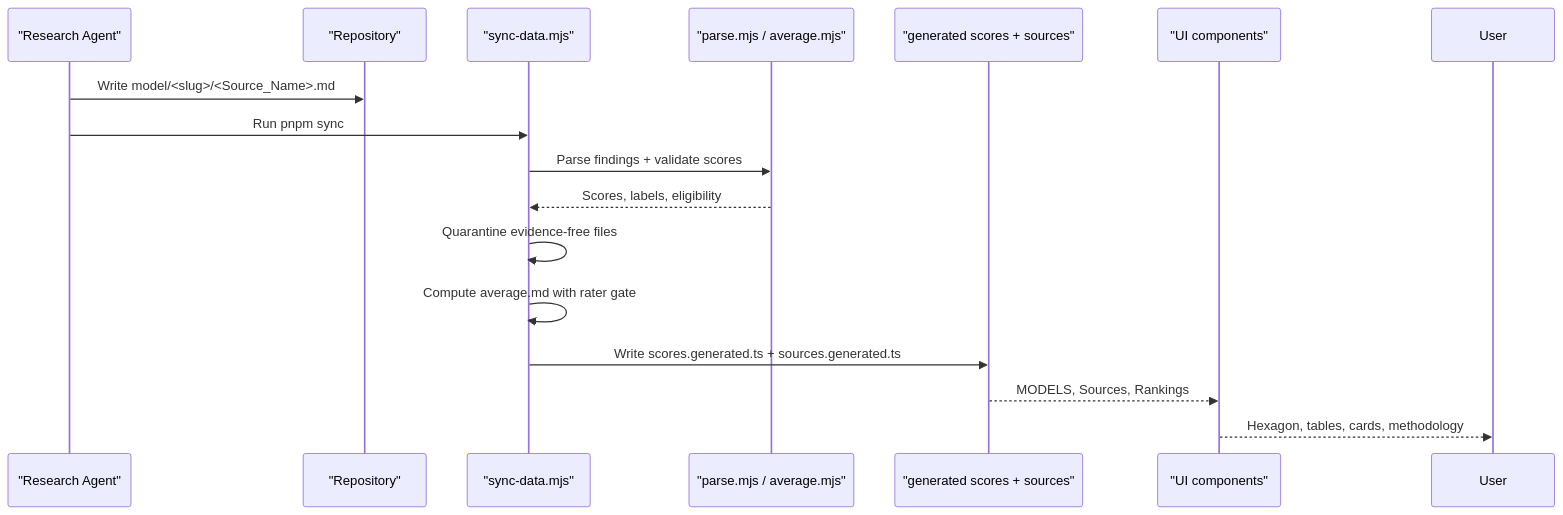
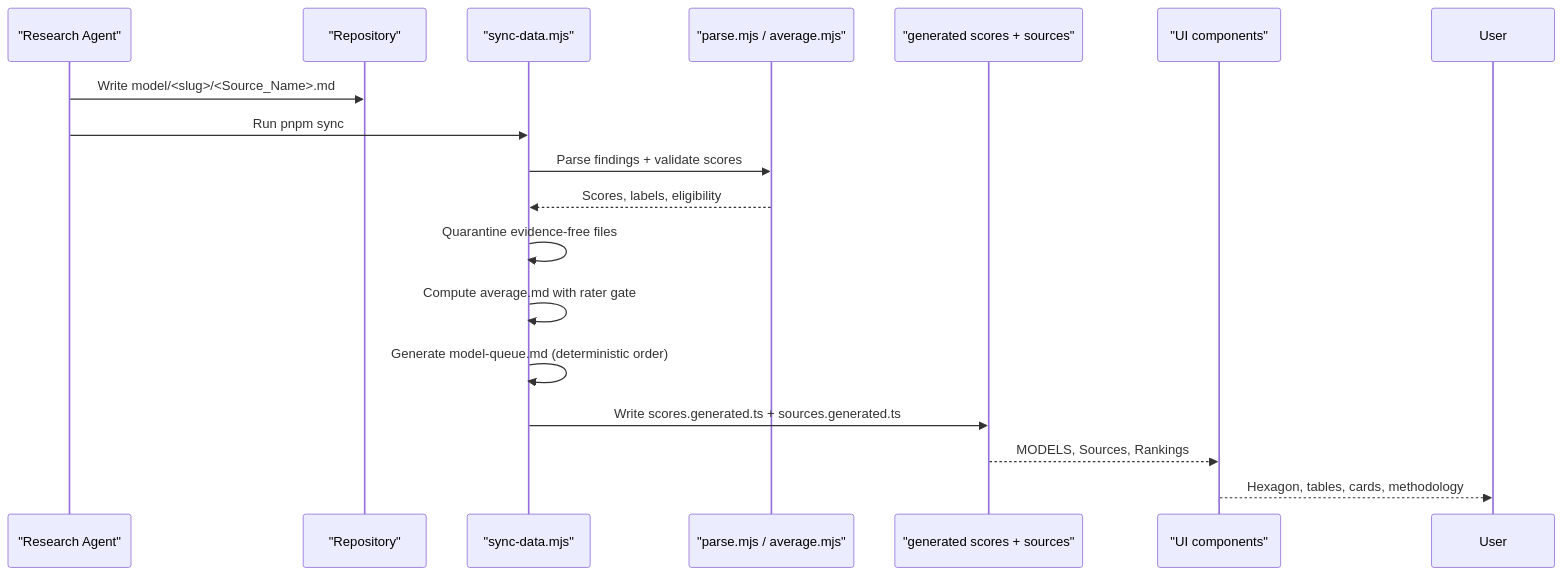
Before and after one commit to delirium-dj/modelcomp: the second of 11 diagrams in .qoder/repowiki/en/content/Model Research & Evaluation/Model Research & Evaluation.md, drawn with Mermaid. The commit also changed other lines of this file and 141 other files, not shown here.

````diff
--- a/.qoder/repowiki/en/content/Model Research & Evaluation/Model Research & Evaluation.md
+++ b/.qoder/repowiki/en/content/Model Research & Evaluation/Model Research & Evaluation.md
@@ -134,18 +142,19 @@
 ```mermaid
 sequenceDiagram
 participant Researcher as "Research Agent"
 participant Repo as "Repository"
 participant Sync as "sync-data.mjs"
 participant Parser as "parse.mjs / average.mjs"
 participant Data as "generated scores + sources"
 participant Site as "UI components"
 Researcher->>Repo : Write model/<slug>/<Source_Name>.md
 Researcher->>Sync : Run pnpm sync
 Sync->>Parser : Parse findings + validate scores
 Parser-->>Sync : Scores, labels, eligibility
 Sync->>Sync : Quarantine evidence-free files
 Sync->>Sync : Compute average.md with rater gate
+Sync->>Sync : Generate model-queue.md (deterministic order)
 Sync->>Data : Write scores.generated.ts + sources.generated.ts
 Data-->>Site : MODELS, Sources, Rankings
 Site-->>User : Hexagon, tables, cards, methodology
 ```
````
